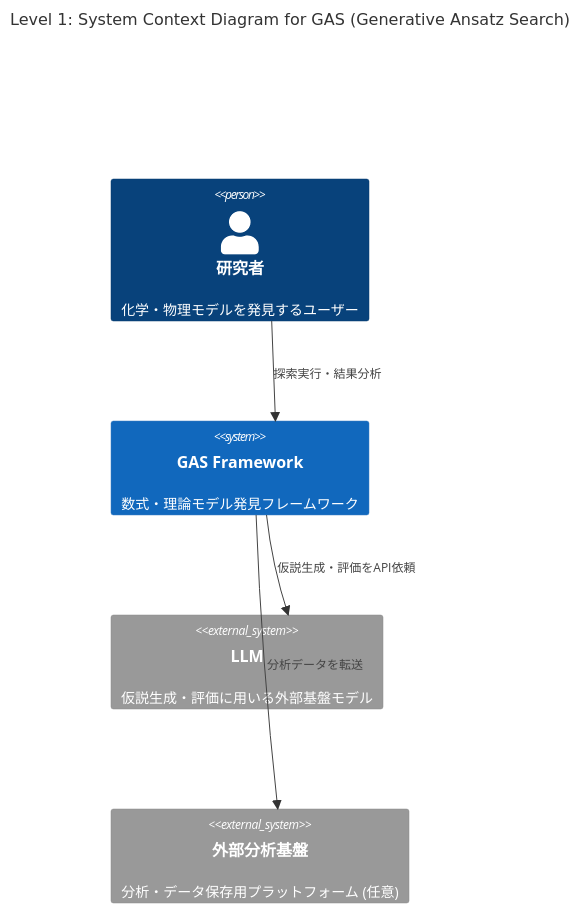
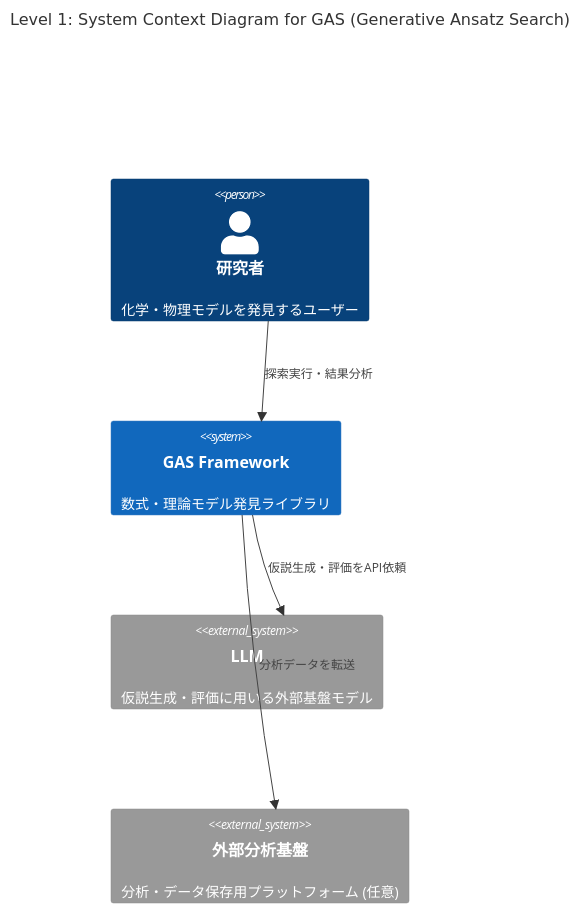
One commit to Xo1otl/funsearch changed the first of 3 diagrams in docs/v2/設計仕様.md. Above: the diagram before and after it, drawn with Mermaid. The commit also changed other lines of this file and 1 other file, not shown here.

````diff
--- a/docs/v2/設計仕様.md
+++ b/docs/v2/設計仕様.md
@@ -85,15 +85,15 @@
 ```mermaid
 C4Context
     title Level 1: System Context Diagram for GAS (Generative Ansatz Search)
 
     Person(researcher, "研究者", "化学・物理モデルを発見するユーザー")
-    System(gas, "GAS Framework", "数式・理論モデル発見フレームワーク")
+    System(gas, "GAS Framework", "数式・理論モデル発見ライブラリ")
     System_Ext(llm, "LLM", "仮説生成・評価に用いる外部基盤モデル")
     System_Ext(external_analysis, "外部分析基盤", "分析・データ保存用プラットフォーム (任意)")
 
     Rel(researcher, gas, "探索実行・結果分析")
     Rel(gas, llm, "仮説生成・評価をAPI依頼")
     Rel(gas, external_analysis, "分析データを転送")
 
     UpdateLayoutConfig($c4ShapeInRow="1")
 ```
````
